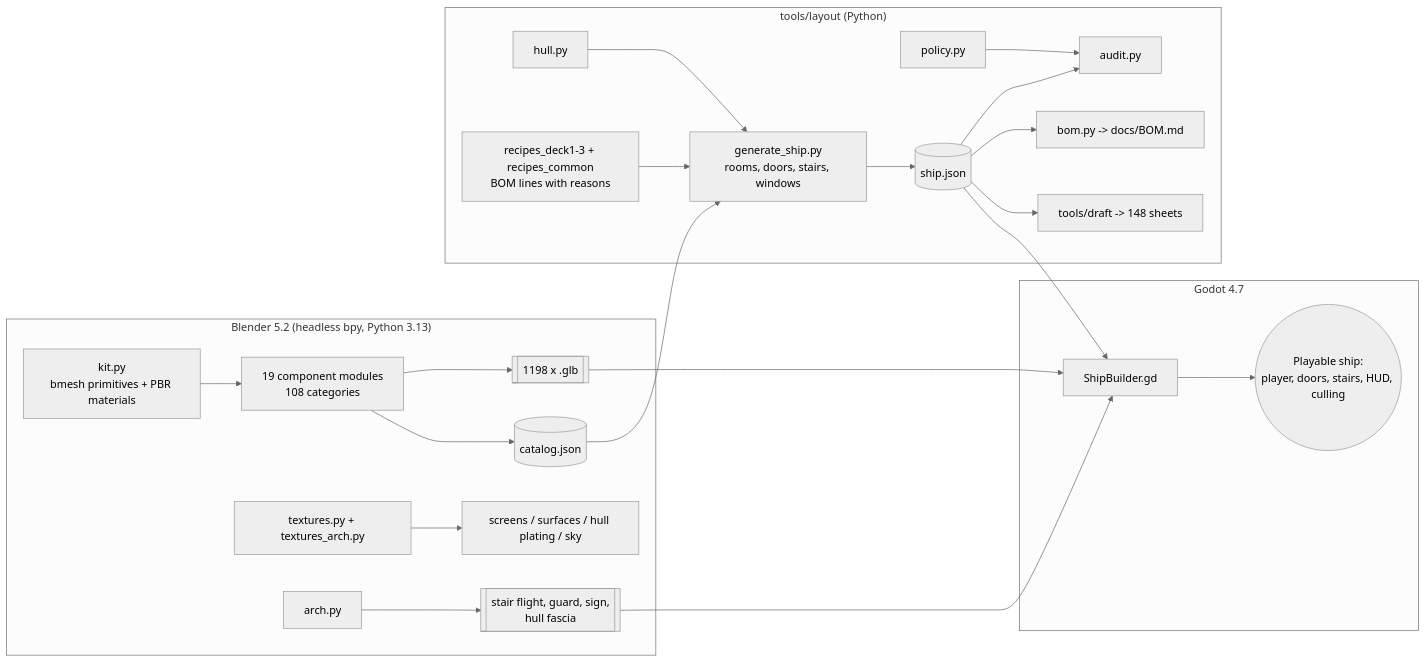
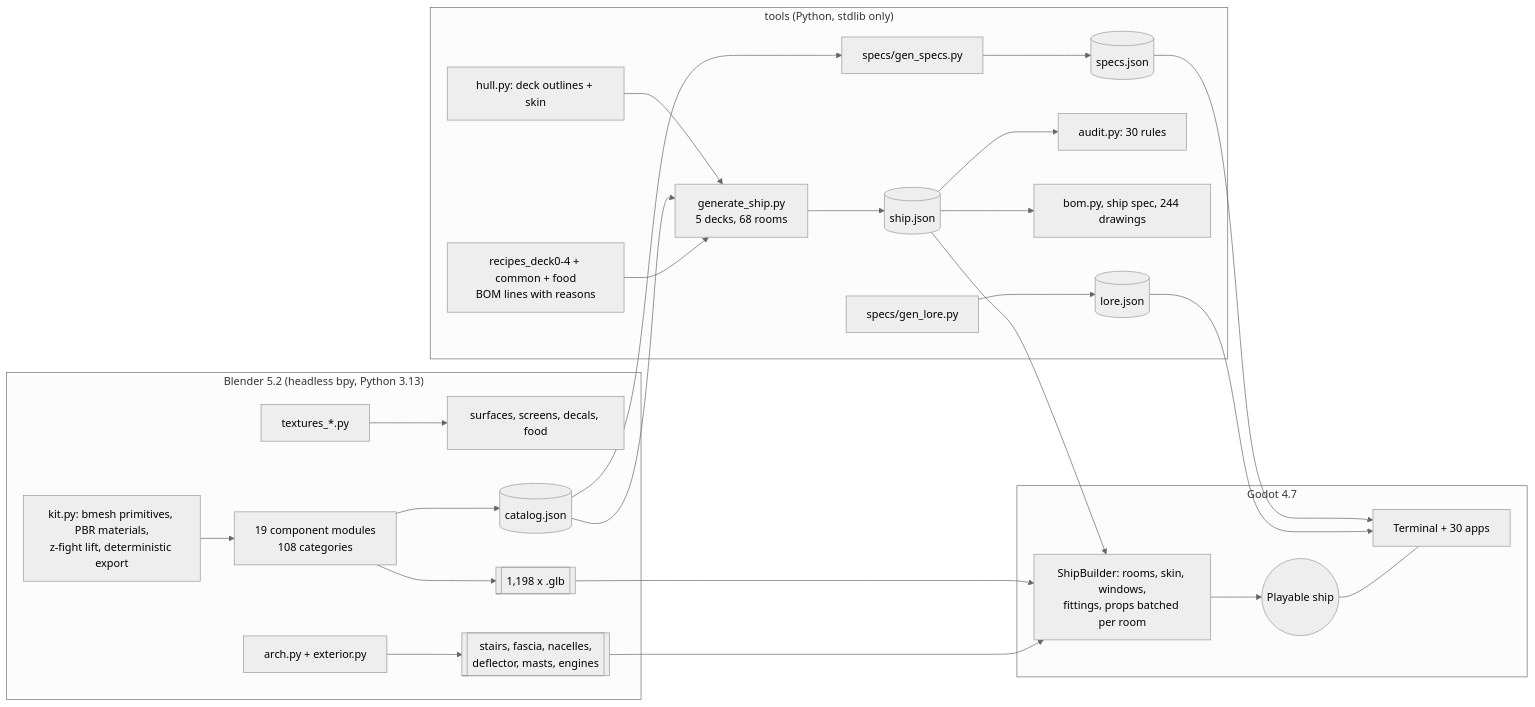
Before and after one commit to jgyy/starshipgo: the fourth of 5 diagrams in README.md, drawn with Mermaid (neutral theme). The commit also changed other lines of this file and 18 other files, not shown here.

First line of the commit message:
README, design notes, CI steps, lore deck count, regenerated derived files

````diff
--- a/README.md
+++ b/README.md
@@ -111,26 +172,29 @@
 ```mermaid
 flowchart LR
     subgraph Blender["Blender 5.2 (headless bpy, Python 3.13)"]
-        K[kit.py<br/>bmesh primitives + PBR materials] --> F[19 component modules<br/>108 categories]
-        T[textures.py + textures_arch.py] --> S[screens / surfaces / hull plating / sky]
-        F --> G[[1198 x .glb]]
+        K[kit.py: bmesh primitives, PBR materials,<br/>z-fight lift, deterministic export] --> F[19 component modules<br/>108 categories]
+        T[textures_*.py] --> TX[surfaces, screens, decals, food]
+        F --> G[[1,198 x .glb]]
         F --> C[(catalog.json)]
-        A[arch.py] --> AG[[stair flight, guard, sign,<br/>hull fascia]]
+        A[arch.py + exterior.py] --> AG[[stairs, fascia, nacelles,<br/>deflector, masts, engines]]
     end
-    subgraph Layout["tools/layout (Python)"]
-        H[hull.py] --> L
-        C --> L[generate_ship.py<br/>rooms, doors, stairs, windows]
-        R[recipes_deck1-3 + recipes_common<br/>BOM lines with reasons] --> L
-        P[policy.py] --> AU[audit.py]
+    subgraph Layout["tools (Python, stdlib only)"]
+        H[hull.py: deck outlines + skin] --> L
+        C --> L[generate_ship.py<br/>5 decks, 68 rooms]
+        R[recipes_deck0-4 + common + food<br/>BOM lines with reasons] --> L
         L --> J[(ship.json)]
-        J --> AU
-        J --> BOM[bom.py -> docs/BOM.md]
-        J --> DR[tools/draft -> 148 sheets]
+        C --> SP[specs/gen_specs.py] --> SJ[(specs.json)]
+        J --> AU[audit.py: 30 rules]
+        J --> BOM[bom.py, ship spec, 244 drawings]
+        LO[specs/gen_lore.py] --> LJ[(lore.json)]
     end
     subgraph Godot["Godot 4.7"]
-        G --> B[ShipBuilder.gd]
+        G --> B[ShipBuilder: rooms, skin, windows,<br/>fittings, props batched per room]
         AG --> B
         J --> B
-        B --> W((Playable ship:<br/>player, doors, stairs, HUD, culling))
+        B --> W((Playable ship))
+        SJ --> UI[Terminal + 30 apps]
+        LJ --> UI
+        W --- UI
     end
 ```
````
